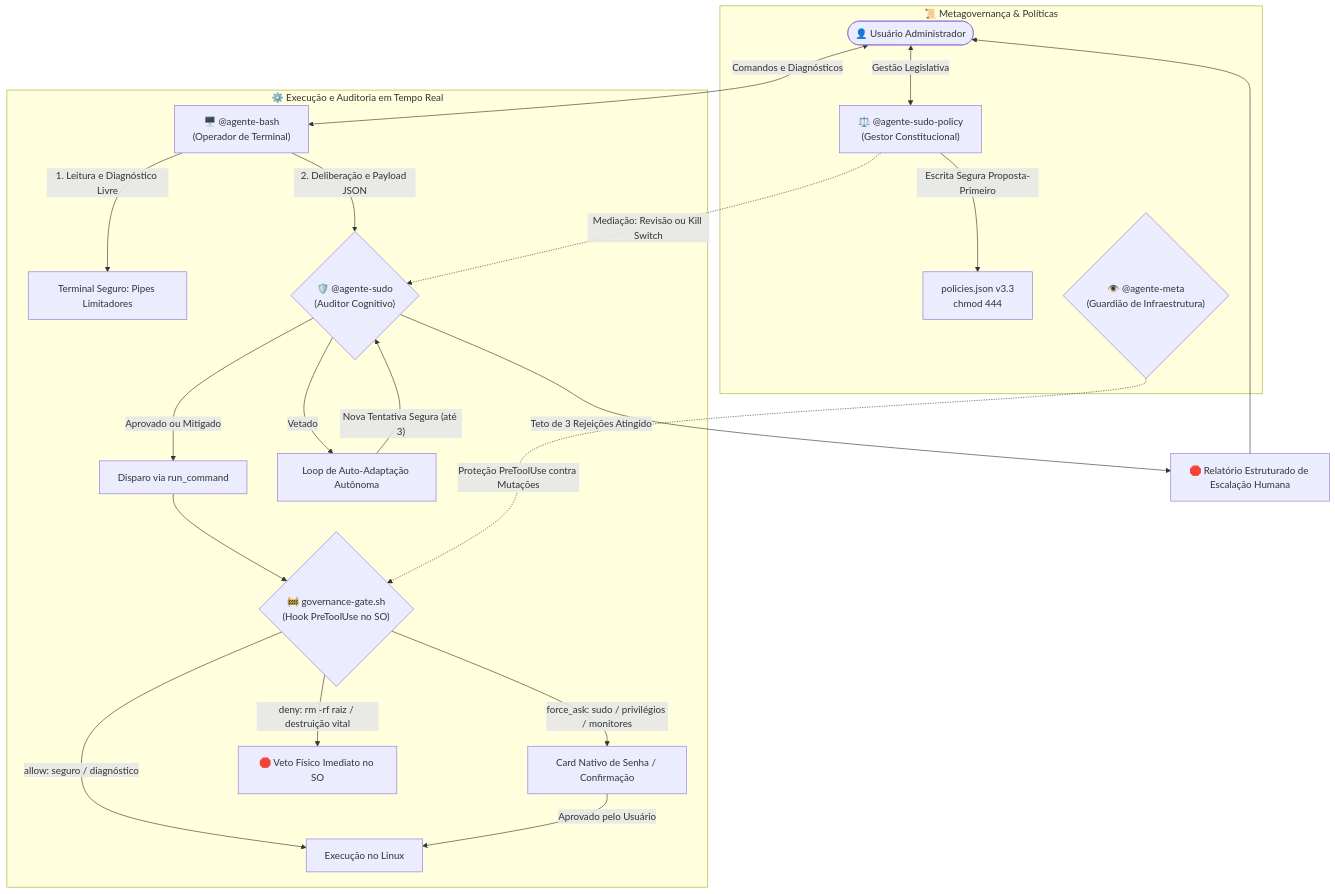
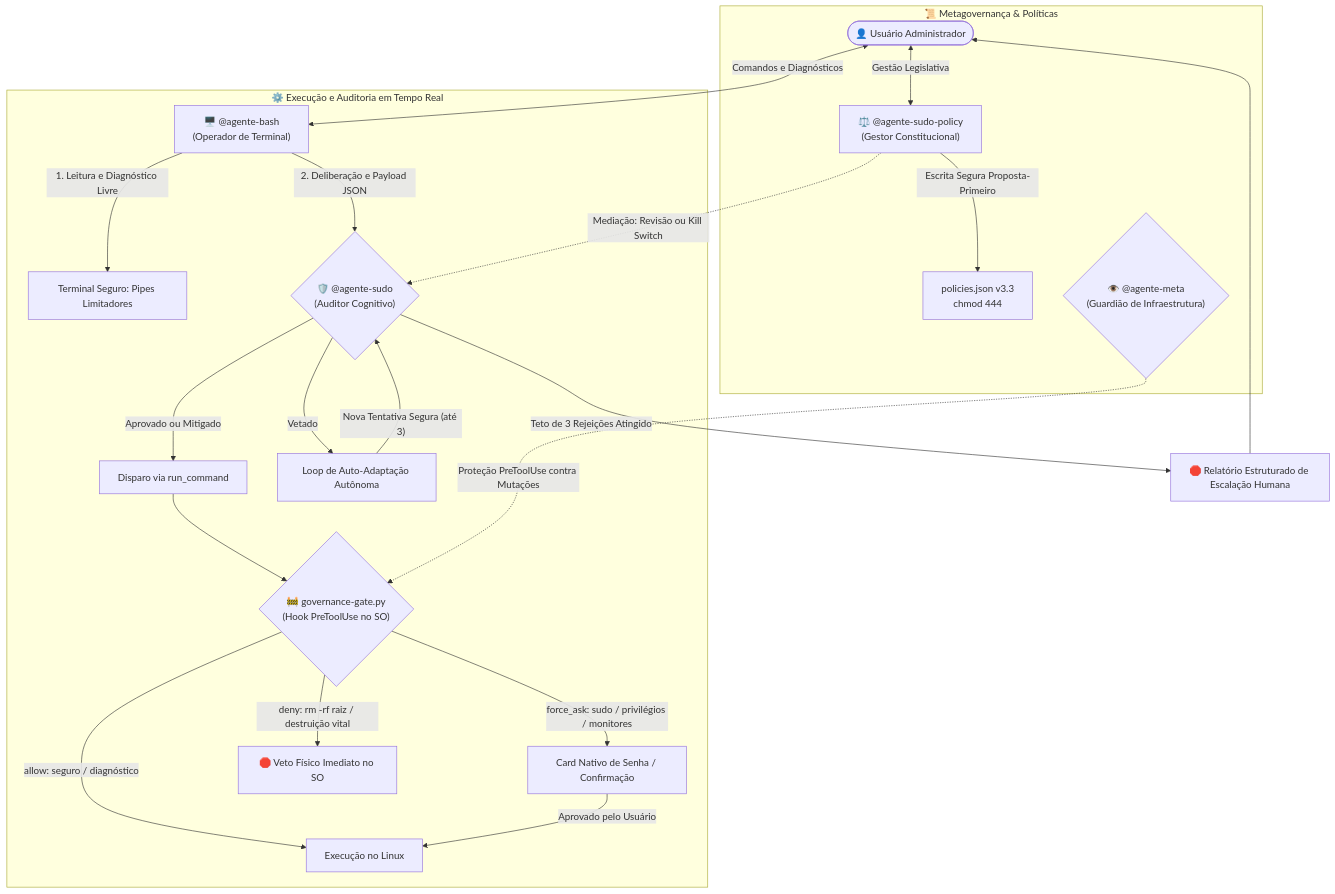
The diagram in README.md (nickarab/bash-sudo-agents), drawn with Mermaid before and after one commit. The commit also changed other lines of this file and 6 other files, not shown here.

````diff
--- a/README.md
+++ b/README.md
@@ -56,29 +56,29 @@
 ```mermaid
 flowchart TD
     User(["👤 Usuário Administrador"]) <-->|"Comandos e Diagnósticos"| Bash["🖥️ @agente-bash<br/>(Operador de Terminal)"]
     
     subgraph Sandbox["⚙️ Execução e Auditoria em Tempo Real"]
         Bash -->|"1. Leitura e Diagnóstico Livre"| TermBash["Terminal Seguro: Pipes Limitadores"]
         Bash -->|"2. Deliberação e Payload JSON"| Sudo{"🛡️ @agente-sudo<br/>(Auditor Cognitivo)"}
         
         Sudo -->|"Aprovado ou Mitigado"| RunCmd["Disparo via run_command"]
         Sudo -->|"Vetado"| LoopAdapt["Loop de Auto-Adaptação Autônoma"]
         LoopAdapt -->|"Nova Tentativa Segura (até 3)"| Sudo
         
-        RunCmd --> Gate{"🚧 governance-gate.sh<br/>(Hook PreToolUse no SO)"}
+        RunCmd --> Gate{"🚧 governance-gate.py<br/>(Hook PreToolUse no SO)"}
         Gate -->|"allow: seguro / diagnóstico"| OSExec["Execução no Linux"]
         Gate -->|"force_ask: sudo / privilégios / monitores"| PromptUser["Card Nativo de Senha / Confirmação"]
         Gate -->|"deny: rm -rf raiz / destruição vital"| HardBlock["🛑 Veto Físico Imediato no SO"]
         PromptUser -->|"Aprovado pelo Usuário"| OSExec
     end
     
     Sudo -->|"Teto de 3 Rejeições Atingido"| Escalation["🛑 Relatório Estruturado de Escalação Humana"]
     Escalation --> User
     
     subgraph Governance["📜 Metagovernança & Políticas"]
         User <-->|"Gestão Legislativa"| Policy["⚖️ @agente-sudo-policy<br/>(Gestor Constitucional)"]
         Policy -.->|"Mediação: Revisão ou Kill Switch"| Sudo
         Policy -->|"Escrita Segura Proposta-Primeiro"| PoliciesFile["policies.json v3.3<br/>chmod 444"]
         MetaGuard{"👁️ @agente-meta<br/>(Guardião de Infraestrutura)"} -.->|"Proteção PreToolUse contra Mutações"| Gate
     end
 ```
````
